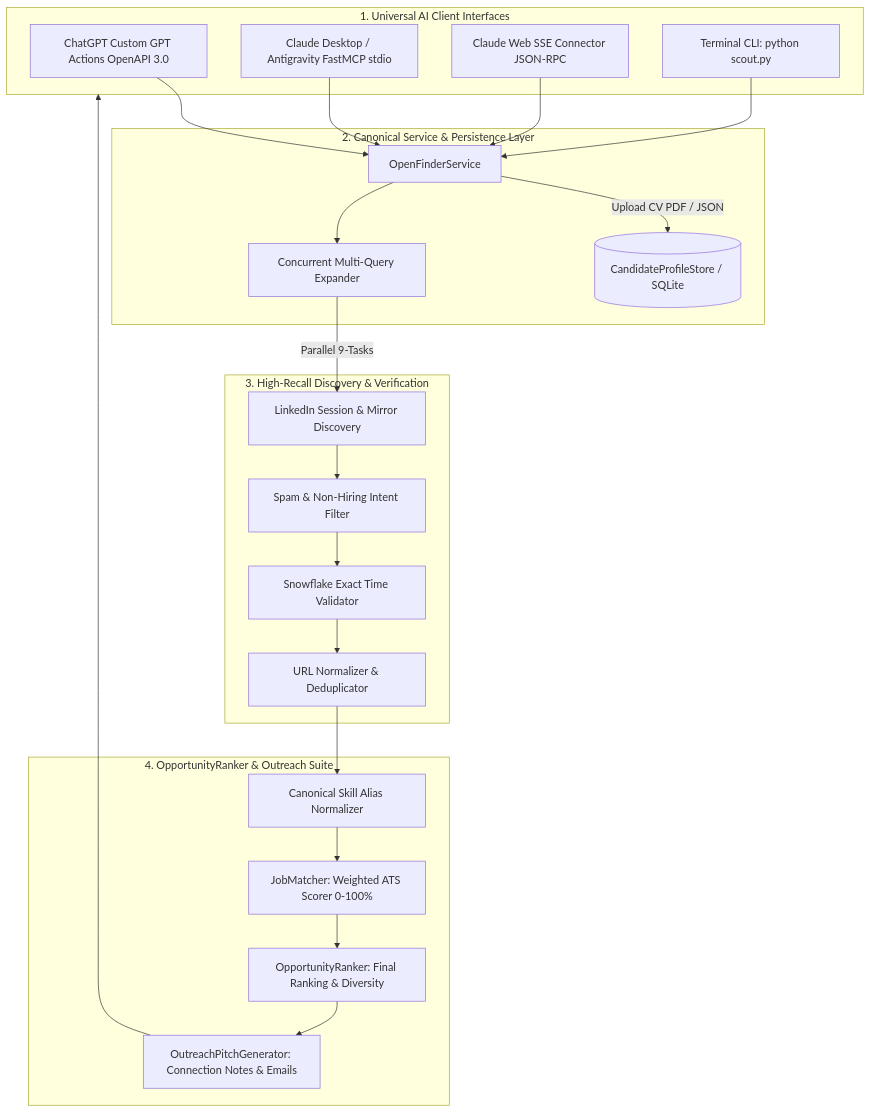
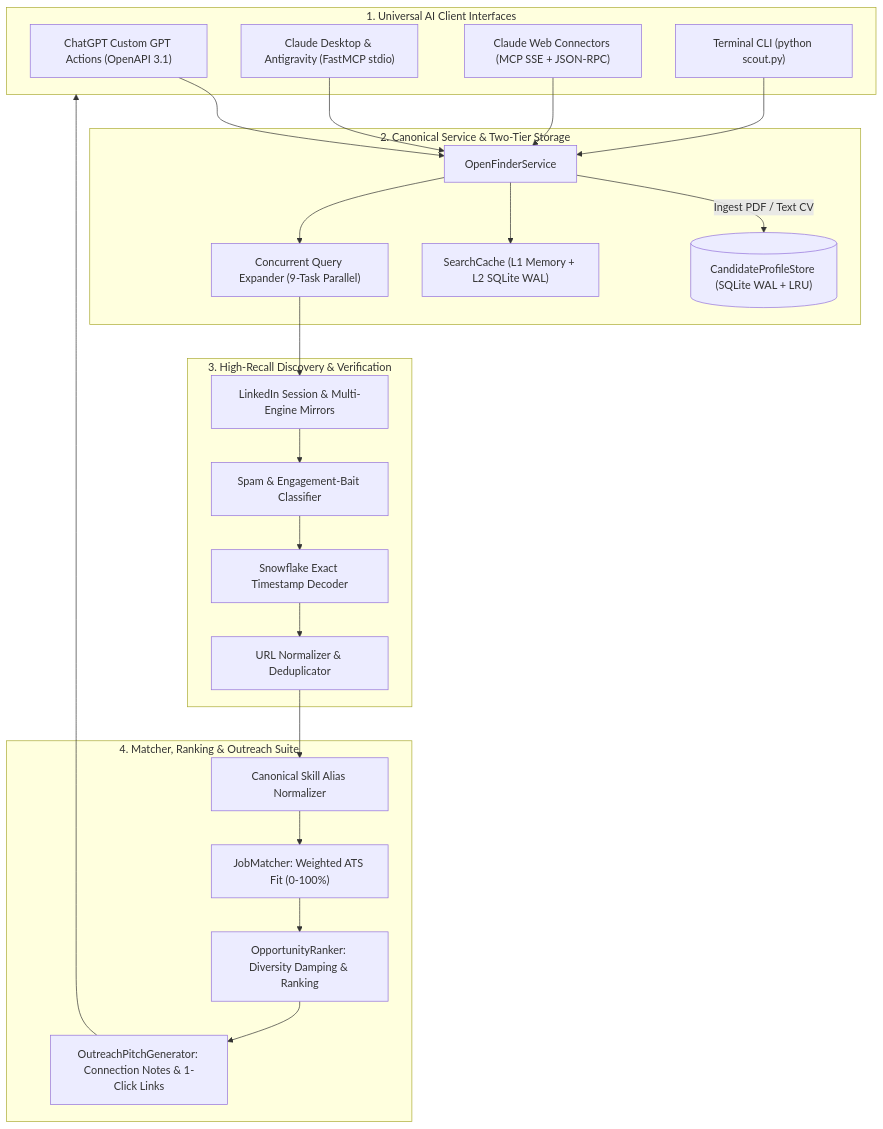
The diagram in README.md (thamodharangm/openfinder), drawn with Mermaid before and after one commit. The commit also changed other lines of this file, not shown here.

Commit message:
docs: update README with v2.0 Universal MCP Job Connector guides & tools suite

````diff
--- a/README.md
+++ b/README.md
@@ -41,31 +43,32 @@
 ```mermaid
 flowchart TD
     subgraph CLIENTS ["1. Universal AI Client Interfaces"]
-        C1[ChatGPT Custom GPT Actions OpenAPI 3.0]
-        C2[Claude Desktop / Antigravity FastMCP stdio]
-        C3[Claude Web SSE Connector JSON-RPC]
-        C4[Terminal CLI: python scout.py]
+        C1["ChatGPT Custom GPT Actions (OpenAPI 3.1)"]
+        C2["Claude Desktop & Antigravity (FastMCP stdio)"]
+        C3["Claude Web Connectors (MCP SSE + JSON-RPC)"]
+        C4["Terminal CLI (python scout.py)"]
     end
 
-    subgraph SERVICE ["2. Canonical Service & Persistence Layer"]
-        C1 & C2 & C3 & C4 --> S0[OpenFinderService]
-        S0 -->|Upload CV PDF / JSON| S1[(CandidateProfileStore / SQLite)]
-        S0 --> S2[Concurrent Multi-Query Expander]
+    subgraph SERVICE ["2. Canonical Service & Two-Tier Storage"]
+        C1 & C2 & C3 & C4 --> S0["OpenFinderService"]
+        S0 -->|Ingest PDF / Text CV| S1[("CandidateProfileStore (SQLite WAL + LRU)")]
+        S0 --> S2["SearchCache (L1 Memory + L2 SQLite WAL)"]
+        S0 --> S3["Concurrent Query Expander (9-Task Parallel)"]
     end
 
     subgraph DISCOVERY ["3. High-Recall Discovery & Verification"]
-        S2 -->|Parallel 9-Tasks| D1[LinkedIn Session & Mirror Discovery]
-        D1 --> D2[Spam & Non-Hiring Intent Filter]
-        D2 --> D3[Snowflake Exact Time Validator]
-        D3 --> D4[URL Normalizer & Deduplicator]
+        S3 --> D1["LinkedIn Session & Multi-Engine Mirrors"]
+        D1 --> D2["Spam & Engagement-Bait Classifier"]
+        D2 --> D3["Snowflake Exact Timestamp Decoder"]
+        D3 --> D4["URL Normalizer & Deduplicator"]
     end
 
-    subgraph RANKING ["4. OpportunityRanker & Outreach Suite"]
-        D4 --> R1[Canonical Skill Alias Normalizer]
-        R1 --> R2[JobMatcher: Weighted ATS Scorer 0-100%]
-        R2 --> R3[OpportunityRanker: Final Ranking & Diversity]
-        R3 --> R4[OutreachPitchGenerator: Connection Notes & Emails]
+    subgraph RANKING ["4. Matcher, Ranking & Outreach Suite"]
+        D4 --> R1["Canonical Skill Alias Normalizer"]
+        R1 --> R2["JobMatcher: Weighted ATS Fit (0-100%)"]
+        R2 --> R3["OpportunityRanker: Diversity Damping & Ranking"]
+        R3 --> R4["OutreachPitchGenerator: Connection Notes & 1-Click Links"]
     end
 
     R4 --> CLIENTS
 ```
````
